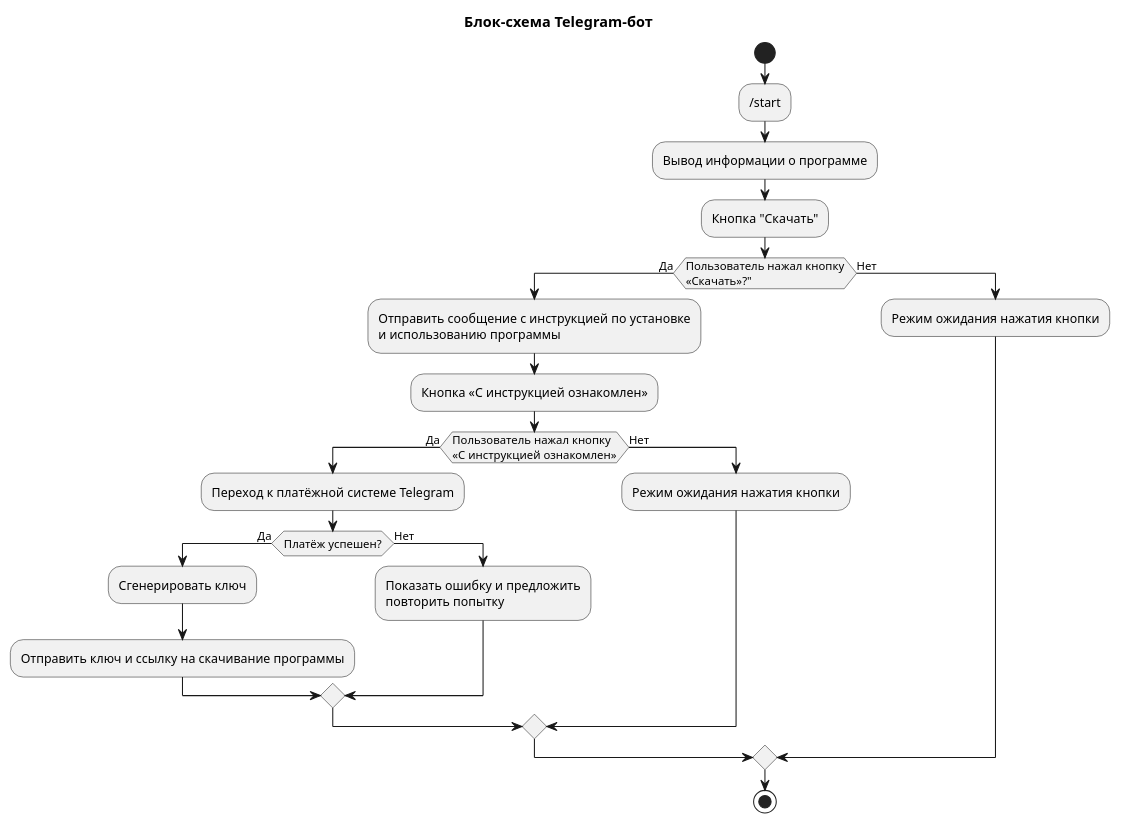
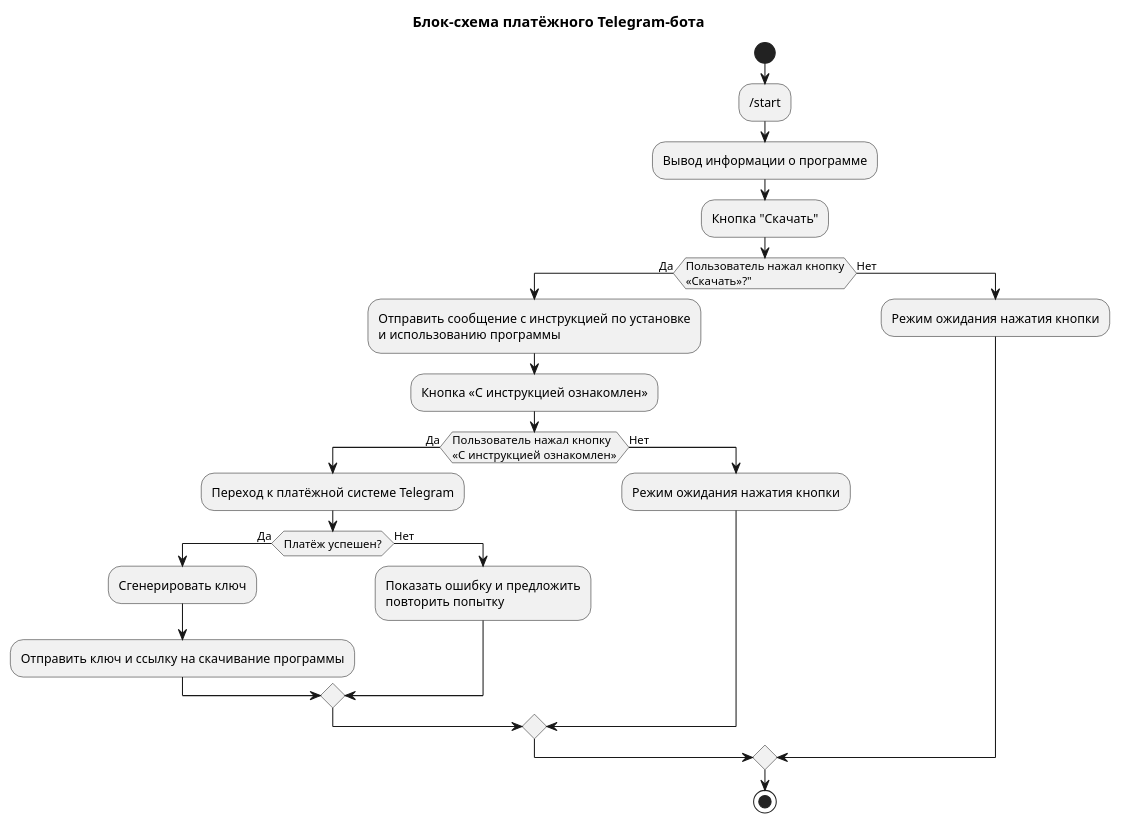
One commit to TomatoScientist/AnyaAndreyTeamBot changed the diagram in diagram.puml. Above: the diagram before and after it, drawn with PlantUML.

Commit message:
добавлена блок-схема

```diff
--- a/diagram.puml
+++ b/diagram.puml
@@ -1,35 +1,35 @@
 @startuml
-title Блок-схема Telegram-бот
+title Блок-схема платёжного Telegram-бота
 
 start
 
 :/start;
 :Вывод информации о программе;
 :Кнопка "Скачать";
 
 if (Пользователь нажал кнопку\n«Скачать»?") then (Да)
 
   :Отправить сообщение с инструкцией по установке\nи использованию программы;
   :Кнопка «С инструкцией ознакомлен»;
 
   if (Пользователь нажал кнопку\n«С инструкцией ознакомлен») then (Да)
 
     :Переход к платёжной системе Telegram;
 
     if (Платёж успешен?) then (Да)
       :Сгенерировать ключ;
       :Отправить ключ и ссылку на скачивание программы;
     else (Нет)
       :Показать ошибку и предложить\nповторить попытку;
     endif
 
   else (Нет)
     :Режим ожидания нажатия кнопки;
   endif
 
 else (Нет)
   :Режим ожидания нажатия кнопки;
 endif
 
 stop
 @enduml
```
